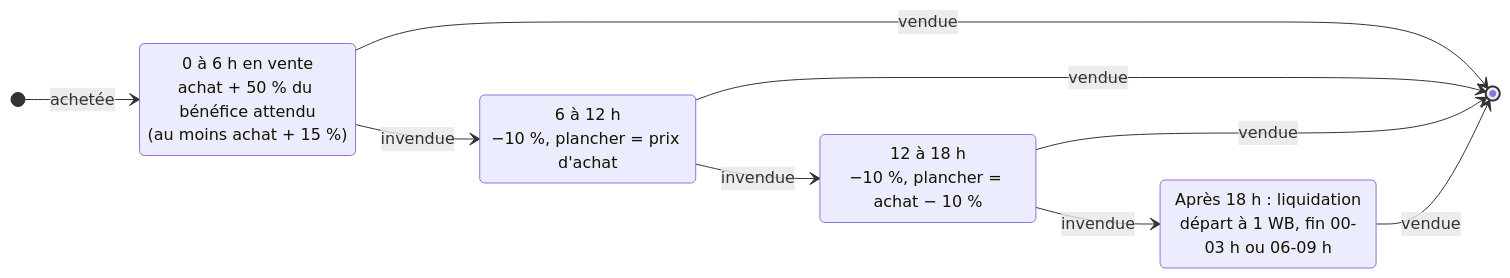
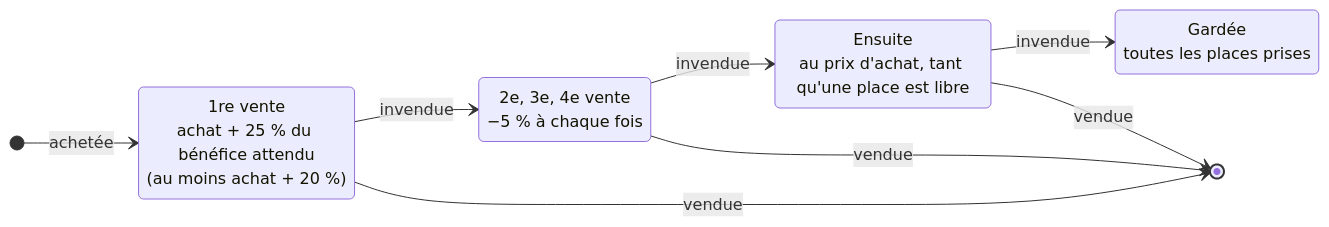
One commit to MaKSiiMe/WikiMastered changed the fourth of 8 diagrams in docs/FONCTIONNEMENT.md. Above: the diagram before and after it, drawn with Mermaid. The commit also changed other lines of this file and 14 other files, not shown here.

````diff
--- a/docs/FONCTIONNEMENT.md
+++ b/docs/FONCTIONNEMENT.md
@@ -120,16 +122,15 @@
 ```mermaid
 stateDiagram-v2
     direction LR
     [*] --> V1: achetée
-    V1: 0 à 6 h en vente<br/>achat + 50 % du bénéfice attendu<br/>(au moins achat + 15 %)
-    V2: 6 à 12 h<br/>−10 %, plancher = prix d'achat
-    V3: 12 à 18 h<br/>−10 %, plancher = achat − 10 %
-    V4: Après 18 h : liquidation<br/>départ à 1 WB, fin 00-03 h ou 06-09 h
+    V1: 1re vente<br/>achat + 25 % du bénéfice attendu<br/>(au moins achat + 20 %)
+    V2: 2e, 3e, 4e vente<br/>−5 % à chaque fois
+    V3: Ensuite<br/>au prix d'achat, tant qu'une place est libre
+    V4: Gardée<br/>toutes les places prises
     V1 --> V2: invendue
     V2 --> V3: invendue
     V3 --> V4: invendue
     V1 --> [*]: vendue
     V2 --> [*]: vendue
     V3 --> [*]: vendue
-    V4 --> [*]: vendue
 ```
````
